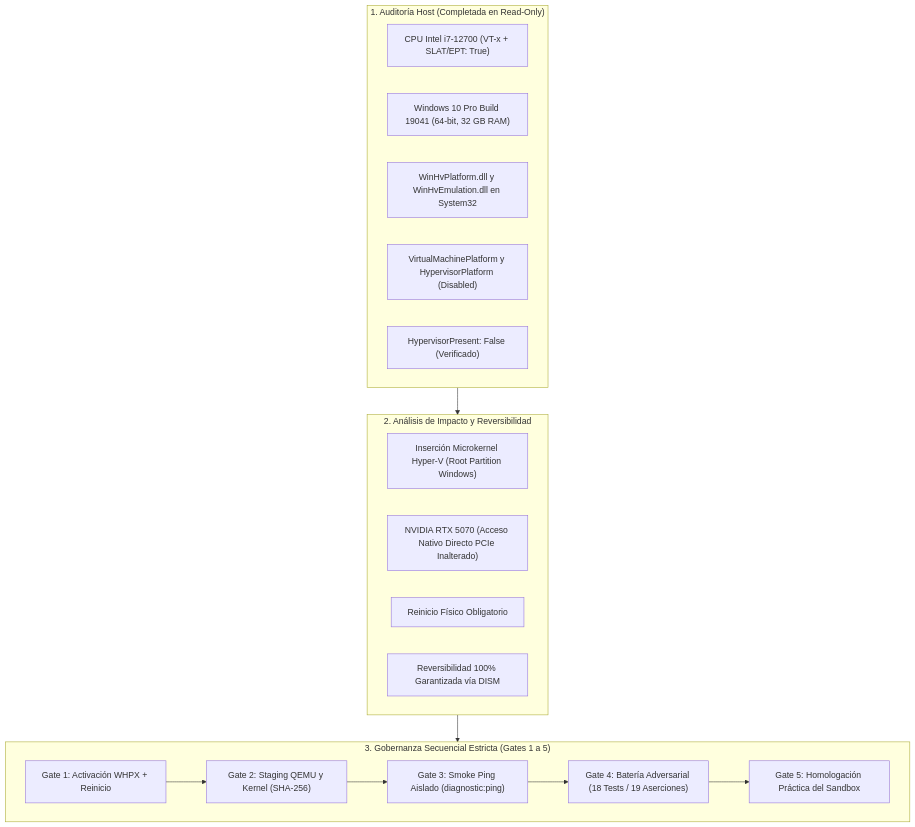
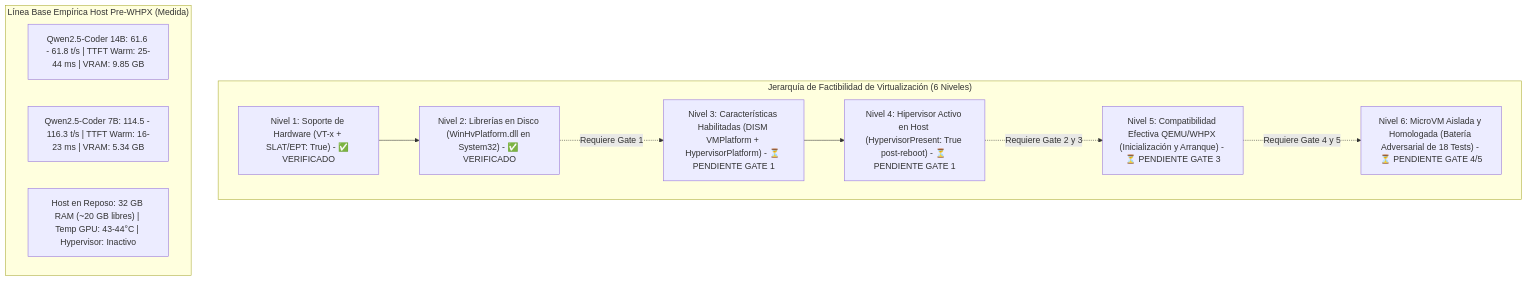
Before and after one commit to ifernandez89/productos_crud_bkd: the diagram in docs/DEV_001_B2_4_HOST_READINESS_REVIEW.md, drawn with Mermaid. The commit also changed other lines of this file and 4 other files, not shown here.

Commit message:
docs(security): consolidate DEV-001-B2.4 host readiness, independent review, remediation and pre-whpx baseline

````diff
--- a/docs/DEV_001_B2_4_HOST_READINESS_REVIEW.md
+++ b/docs/DEV_001_B2_4_HOST_READINESS_REVIEW.md
@@ -17,28 +17,18 @@
 ```mermaid
 flowchart TD
-    subgraph HostAudit["1. Auditoría Host (Completada en Read-Only)"]
-        CPU_CHECK["CPU Intel i7-12700 (VT-x + SLAT/EPT: True)"]
-        OS_CHECK["Windows 10 Pro Build 19041 (64-bit, 32 GB RAM)"]
-        DLL_CHECK["WinHvPlatform.dll y WinHvEmulation.dll en System32"]
-        FEATURE_CHECK["VirtualMachinePlatform y HypervisorPlatform (Disabled)"]
-        HYPER_CHECK["HypervisorPresent: False (Verificado)"]
+    subgraph FeasibilityHierarchy["Jerarquía de Factibilidad de Virtualización (6 Niveles)"]
+        N1["Nivel 1: Soporte de Hardware (VT-x + SLAT/EPT: True) - ✅ VERIFICADO"]
+        N2["Nivel 2: Librerías en Disco (WinHvPlatform.dll en System32) - ✅ VERIFICADO"]
+        N3["Nivel 3: Características Habilitadas (DISM VMPlatform + HypervisorPlatform) - ⏳ PENDIENTE GATE 1"]
+        N4["Nivel 4: Hipervisor Activo en Host (HypervisorPresent: True post-reboot) - ⏳ PENDIENTE GATE 1"]
+        N5["Nivel 5: Compatibilidad Efectiva QEMU/WHPX (Inicialización y Arranque) - ⏳ PENDIENTE GATE 3"]
+        N6["Nivel 6: MicroVM Aislada y Homologada (Batería Adversarial de 18 Tests) - ⏳ PENDIENTE GATE 4/5"]
+        N1 --> N2 -.->|Requiere Gate 1| N3 --> N4 -.->|Requiere Gate 2 y 3| N5 -.->|Requiere Gate 4 y 5| N6
     end
 
-    subgraph ImpactAnalysis["2. Análisis de Impacto y Reversibilidad"]
-        IMPACT["Inserción Microkernel Hyper-V (Root Partition Windows)"]
-        GPU_SAFE["NVIDIA RTX 5070 (Acceso Nativo Directo PCIe Inalterado)"]
-        REBOOT["Reinicio Físico Obligatorio"]
-        REVERSIBLE["Reversibilidad 100% Garantizada vía DISM"]
+    subgraph BaselineMeasured["Línea Base Empírica Host Pre-WHPX (Medida)"]
+        B_14B["Qwen2.5-Coder 14B: 61.6 - 61.8 t/s | TTFT Warm: 25-44 ms | VRAM: 9.85 GB"]
+        B_7B["Qwen2.5-Coder 7B: 114.5 - 116.3 t/s | TTFT Warm: 16-23 ms | VRAM: 5.34 GB"]
+        B_HOST["Host en Reposo: 32 GB RAM (~20 GB libres) | Temp GPU: 43-44°C | Hypervisor: Inactivo"]
     end
-
-    subgraph GateGovernance["3. Gobernanza Secuencial Estricta (Gates 1 a 5)"]
-        G1["Gate 1: Activación WHPX + Reinicio"]
-        G2["Gate 2: Staging QEMU y Kernel (SHA-256)"]
-        G3["Gate 3: Smoke Ping Aislado (diagnostic:ping)"]
-        G4["Gate 4: Batería Adversarial (18 Tests / 19 Aserciones)"]
-        G5["Gate 5: Homologación Práctica del Sandbox"]
-        G1 --> G2 --> G3 --> G4 --> G5
-    end
-
-    HostAudit --> ImpactAnalysis --> GateGovernance
 ```
````
